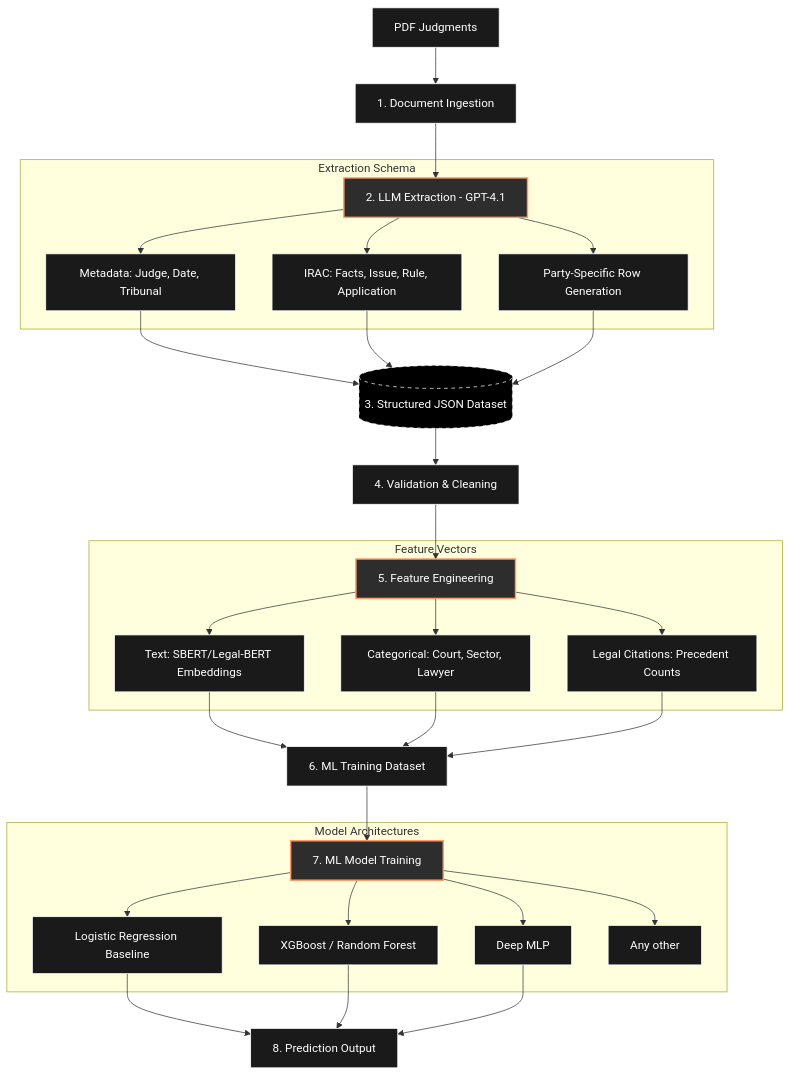
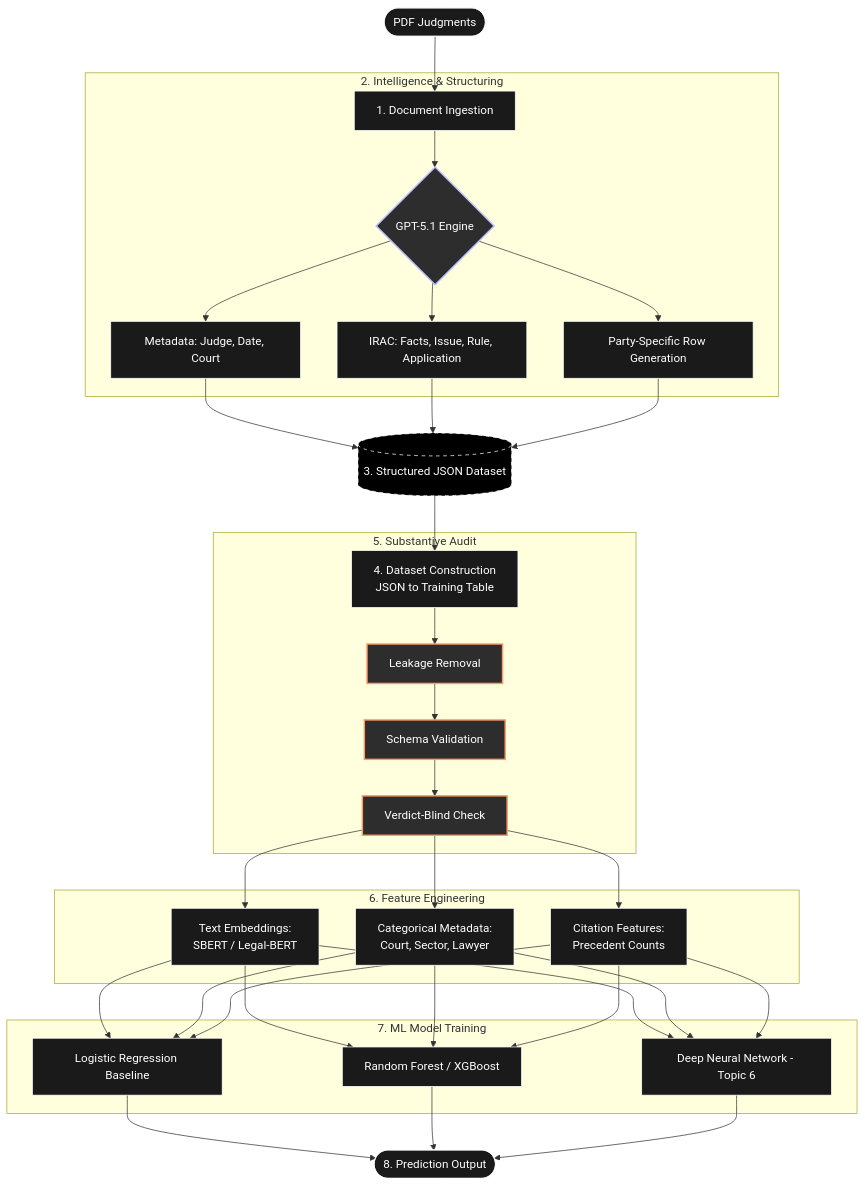
The diagram in README.md (yhc12344/BT4222), drawn with Mermaid before and after one commit.

````diff
--- a/README.md
+++ b/README.md
@@ -11,44 +9,54 @@
 ```mermaid
 graph TD
-    %% Global Style
+    %% Global Styling
     classDef default fill:#1a1a1a,stroke:#fff,stroke-width:1px,color:#fff;
     classDef highlight fill:#2d2d2d,stroke:#f96,stroke-width:2px,color:#fff;
     classDef storage fill:#000,stroke:#fff,stroke-dasharray: 5 5;
+    classDef intelligence fill:#2d2d2d,stroke:#bbf,stroke-width:2px,color:#fff;
 
-    %% Workflow
-    A[PDF Judgments] --> B[1. Document Ingestion]
-    B --> C[2. LLM Extraction - GPT-4.1]
-    
-    subgraph Extraction_Logic [Extraction Schema]
-        C --> C1[Metadata: Judge, Date, Tribunal]
+    %% 1. Acquisition
+    A([PDF Judgments]) --> B[1. Document Ingestion]
+
+    %% 2. Intelligence
+    subgraph Intelligence_Layer [2. Intelligence & Structuring]
+        B --> C{GPT-5.1 Engine}
+        C --> C1[Metadata: Judge, Date, Court]
         C --> C2[IRAC: Facts, Issue, Rule, Application]
         C --> C3[Party-Specific Row Generation]
     end
 
+    %% 3. Storage
     C1 & C2 & C3 --> D[(3. Structured JSON Dataset)]
-    
-    D --> E[4. Validation & Cleaning]
-    E --> F[5. Feature Engineering]
 
-    subgraph Feature_Types [Feature Vectors]
-        F --> F1[Text: SBERT/Legal-BERT Embeddings]
-        F --> F2[Categorical: Court, Sector, Lawyer]
-        F --> F3[Legal Citations: Precedent Counts]
+    %% 4. Tabular Construction
+    D --> E[4. Dataset Construction <br/>JSON to Training Table]
+
+    %% 5. Audit Layer
+    subgraph Validation_Layer [5. Substantive Audit]
+        E --> F[Leakage Removal]
+        F --> F1[Schema Validation]
+        F1 --> F2[Verdict-Blind Check]
     end
 
-    F1 & F2 & F3 --> G[6. ML Training Dataset]
-    G --> H[7. ML Model Training]
-
-    subgraph Model_Suite [Model Architectures]
-        H --> H1[Logistic Regression Baseline]
-        H --> H2[XGBoost / Random Forest]
-        H --> H3[Deep MLP]
-        H --> H4[Any other]
+    %% 6. Feature Engineering
+    subgraph Feature_Layer [6. Feature Engineering]
+        F2 --> G1[Text Embeddings: <br/>SBERT / Legal-BERT]
+        F2 --> G2[Categorical Metadata: <br/>Court, Sector, Lawyer]
+        F2 --> G3[Citation Features: <br/>Precedent Counts]
     end
 
-    H1 & H2 & H3 --> I[8. Prediction Output]
+    %% 7. Modeling
+    subgraph Model_Suite [7. ML Model Training]
+        G1 & G2 & G3 --> H1[Logistic Regression Baseline]
+        G1 & G2 & G3 --> H2[Random Forest / XGBoost]
+        G1 & G2 & G3 --> H3[Deep Neural Network - Topic 6]
+    end
 
-    %% Styles
-    class C,F,H highlight;
+    %% 8. Output
+    H1 & H2 & H3 --> I([8. Prediction Output])
+
+    %% Node Assignments
+    class C intelligence;
+    class F,F1,F2 highlight;
     class D storage;
 ```
````
